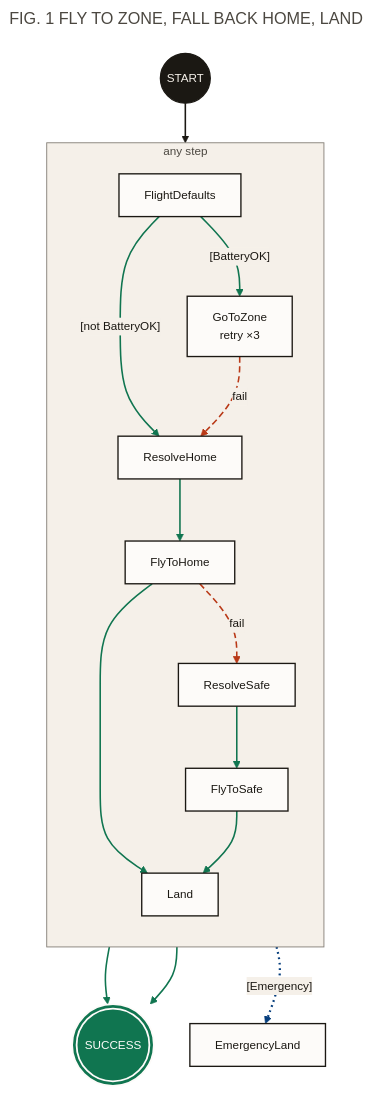
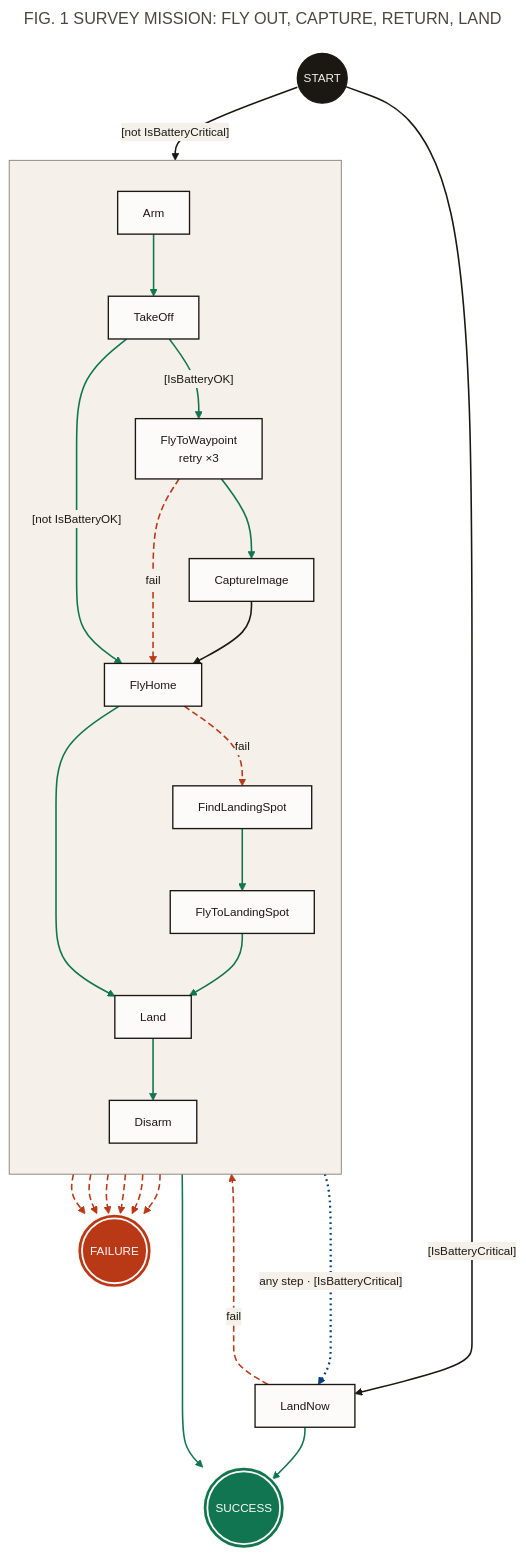
The diagram in .branding/graph-style/example.mmd (guilyx/beehave), drawn with Mermaid before and after one commit. The commit also changed 11 other files, not shown here.

```diff
--- a/.branding/graph-style/example.mmd
+++ b/.branding/graph-style/example.mmd
@@ -1,79 +1,96 @@
 ---
-title: "FIG. 1  FLY TO ZONE, FALL BACK HOME, LAND"
+title: "FIG. 1  SURVEY MISSION: FLY OUT, CAPTURE, RETURN, LAND"
 config:
   theme: base
   look: classic
   flowchart:
     curve: basis
     nodeSpacing: 40
     rankSpacing: 44
     padding: 14
   themeVariables:
     fontFamily: "Martian Mono, Menlo, Consolas, monospace"
     fontSize: 13px
     background: "#f5f0e9"
     primaryColor: "#fdfbf9"
     primaryTextColor: "#1b1813"
     primaryBorderColor: "#1b1813"
     lineColor: "#1b1813"
     textColor: "#4b4740"
     titleColor: "#4b4740"
     edgeLabelBackground: "#f5f0e9"
     clusterBkg: "#f5f0e9"
     clusterBorder: "#857f77"
   themeCSS: >
     .nodeLabel { font-family: Archivo, 'Helvetica Neue', Helvetica, Arial, sans-serif; font-weight: 600; font-size: 14px; }
     .nodeLabel .note { font-family: 'Martian Mono', Menlo, Consolas, monospace; font-weight: 400; font-size: 12px; color: #67635a; }
     .cluster-label .nodeLabel { font-family: 'Martian Mono', Menlo, Consolas, monospace; font-weight: 400; font-size: 12px; color: #4b4740; }
     .edgeLabel p { color: #4b4740; }
     .flowchartTitleText { font-size: 12px; fill: #4b4740; }
 ---
 flowchart TB
   %% Beehave graph style, light theme. Hex values come from .branding/tokens/tokens.json.
+  %% Graph: examples/aerial/drone_mission.xml.
   %% Labels are measured in Martian Mono (the widest face) so the Archivo node
   %% labels can only gain padding, never clip.
 
   classDef start   fill:#1b1813,stroke:#1b1813,stroke-width:1.5px,color:#f5f0e9
   classDef action  fill:#fdfbf9,stroke:#1b1813,stroke-width:1.5px,color:#1b1813
   classDef cond    fill:#ece6dd,stroke:#1b1813,stroke-width:1.5px,color:#1b1813
   classDef approx  fill:#fcc50e,stroke:#1b1813,stroke-width:1.5px,stroke-dasharray:4 3,color:#1b1813
   classDef success fill:#107550,stroke:#fdfbf9,stroke-width:2px,color:#fdfbf9
   classDef failure fill:#b93917,stroke:#fdfbf9,stroke-width:2px,color:#fdfbf9
 
   START((START)):::start
+  LandNow[LandNow]:::action
 
-  subgraph mission ["any step"]
+  subgraph mission [" "]
     direction TB
-    FlightDefaults[FlightDefaults]:::action
-    GoToZone["GoToZone<br/><span class='note'>retry ×3</span>"]:::action
-    ResolveHome[ResolveHome]:::action
-    FlyToHome[FlyToHome]:::action
-    ResolveSafe[ResolveSafe]:::action
-    FlyToSafe[FlyToSafe]:::action
+    Arm[Arm]:::action
+    TakeOff[TakeOff]:::action
+    FlyToWaypoint["FlyToWaypoint<br/><span class='note'>retry ×3</span>"]:::action
+    CaptureImage[CaptureImage]:::action
+    FlyHome[FlyHome]:::action
+    FindLandingSpot[FindLandingSpot]:::action
+    FlyToLandingSpot[FlyToLandingSpot]:::action
     Land[Land]:::action
+    Disarm[Disarm]:::action
   end
 
   SUCCESS(((SUCCESS))):::success
-  EmergencyLand[EmergencyLand]:::action
+  FAILURE(((FAILURE))):::failure
 
   %% Edges. linkStyle indexes follow this order.
-  START --> FlightDefaults
-  FlightDefaults -->|"[BatteryOK]"| GoToZone
-  FlightDefaults -->|"[not BatteryOK]"| ResolveHome
-  GoToZone --> SUCCESS
-  GoToZone -.->|fail| ResolveHome
-  ResolveHome --> FlyToHome
-  FlyToHome --> Land
-  FlyToHome -.->|fail| ResolveSafe
-  ResolveSafe --> FlyToSafe
-  FlyToSafe --> Land
-  Land --> SUCCESS
-  mission -.->|"[Emergency]"| EmergencyLand
-  Land ~~~ EmergencyLand
+  START -->|"[IsBatteryCritical]"| LandNow
+  START -->|"[not IsBatteryCritical]"| Arm
+  LandNow --> SUCCESS
+  LandNow -.->|fail| Arm
+  Arm --> TakeOff
+  Arm -.-> FAILURE
+  TakeOff -->|"[IsBatteryOK]"| FlyToWaypoint
+  TakeOff -->|"[not IsBatteryOK]"| FlyHome
+  TakeOff -.-> FAILURE
+  FlyToWaypoint --> CaptureImage
+  FlyToWaypoint -.->|fail| FlyHome
+  CaptureImage --> FlyHome
+  FlyHome --> Land
+  FlyHome -.->|fail| FindLandingSpot
+  FindLandingSpot --> FlyToLandingSpot
+  FindLandingSpot -.-> FAILURE
+  FlyToLandingSpot --> Land
+  FlyToLandingSpot -.-> FAILURE
+  Land --> Disarm
+  Land -.-> FAILURE
+  Disarm --> SUCCESS
+  Disarm -.-> FAILURE
+  mission -...->|"any#160;step#160;#183;#160;[IsBatteryCritical]"| LandNow
 
-  %% then: ink, solid. success: leaf, solid. failure: cinnabar, dashed 7 4.
-  %% preemption: prussian, 2.5px, dotted 2 4.
-  linkStyle 0 stroke:#1b1813,stroke-width:1.75px
-  linkStyle 1,2,3,5,6,8,9,10 stroke:#107550,stroke-width:1.75px
-  linkStyle 4,7 stroke:#b93917,stroke-width:1.75px,stroke-dasharray:7 4
-  linkStyle 11 stroke:#063e7d,stroke-width:2.5px,stroke-dasharray:2 4
+  %% then: ink, solid (START's guarded exits; CaptureImage goes home either way).
+  %% success: leaf, solid. failure: cinnabar, dashed 7 4 (no "fail" label into FAILURE).
+  %% preemption: prussian, 2.5px, dotted 2 4, drawn from the frame of steps it can interrupt.
+  %% Mermaid centres frame titles where this label lands, so "any step" lives in the label.
+  %% #160; is a no-break space and #183; a middle dot.
+  linkStyle 0,1,11 stroke:#1b1813,stroke-width:1.75px
+  linkStyle 2,4,6,7,9,12,14,16,18,20 stroke:#107550,stroke-width:1.75px
+  linkStyle 3,5,8,10,13,15,17,19,21 stroke:#b93917,stroke-width:1.75px,stroke-dasharray:7 4
+  linkStyle 22 stroke:#063e7d,stroke-width:2.5px,stroke-dasharray:2 4
```
